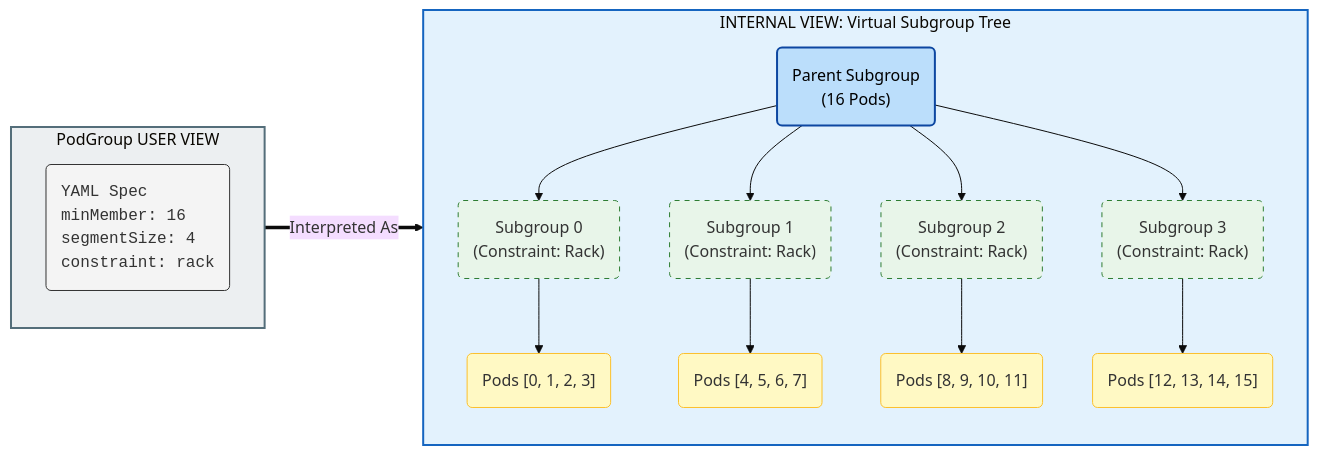
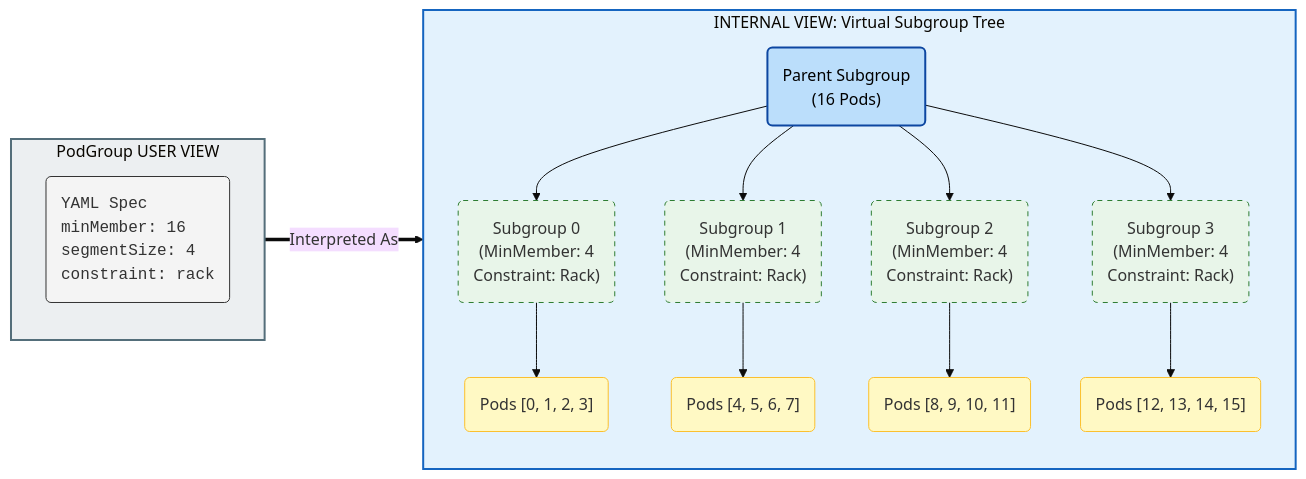
Before and after one commit to NVIDIA/KAI-Scheduler: the diagram in docs/developer/designs/segmented-subgroups/README.md, drawn with Mermaid (base theme).

````diff
--- a/docs/developer/designs/segmented-subgroups/README.md
+++ b/docs/developer/designs/segmented-subgroups/README.md
@@ -81,47 +81,47 @@
 ```mermaid
 graph LR
     %% === Styles ===
     classDef yamlNode fill:#f4f4f4,stroke:#333,stroke-width:1px,font-family:monospace,text-align:left;
     classDef rootNode fill:#bbdefb,stroke:#0d47a1,stroke-width:2px,color:#000;
     classDef virtualNode fill:#e8f5e9,stroke:#2e7d32,stroke-width:1px,stroke-dasharray: 5 5;
     classDef podNode fill:#fff9c4,stroke:#fbc02d,stroke-width:1px;
 
     %% === Left Container: User View ===
     subgraph UserView ["PodGroup USER VIEW"]
         direction TB
         yamlSpec("YAML Spec<br/>minMember: 16<br/>segmentSize: 4<br/>constraint: rack"):::yamlNode
     end
 
     %% === Right Container: Internal State ===
     subgraph InternalView ["INTERNAL VIEW: Virtual Subgroup Tree"]
         direction TB
         
         RootSG("Parent Subgroup<br/>(16 Pods)"):::rootNode
         
         %% Virtual Segments
-        VS0("Subgroup 0<br/>(Constraint: Rack)"):::virtualNode
-        VS1("Subgroup 1<br/>(Constraint: Rack)"):::virtualNode
-        VS2("Subgroup 2<br/>(Constraint: Rack)"):::virtualNode
-        VS3("Subgroup 3<br/>(Constraint: Rack)"):::virtualNode
+        VS0("Subgroup 0<br/>(MinMember: 4<br/>Constraint: Rack)"):::virtualNode
+        VS1("Subgroup 1<br/>(MinMember: 4<br/>Constraint: Rack)"):::virtualNode
+        VS2("Subgroup 2<br/>(MinMember: 4<br/>Constraint: Rack)"):::virtualNode
+        VS3("Subgroup 3<br/>(MinMember: 4<br/>Constraint: Rack)"):::virtualNode
 
         %% Pod Assignments
         Pods0("Pods [0, 1, 2, 3]"):::podNode
         Pods1("Pods [4, 5, 6, 7]"):::podNode
         Pods2("Pods [8, 9, 10, 11]"):::podNode
         Pods3("Pods [12, 13, 14, 15]"):::podNode
 
         %% Tree Connections
         RootSG --> VS0 & VS1 & VS2 & VS3
         VS0 --> Pods0
         VS1 --> Pods1
         VS2 --> Pods2
         VS3 --> Pods3
     end
 
     %% === Connection ===
     UserView == "Interpreted As" ==> RootSG
 
     %% Apply styles
     style UserView fill:#eceff1,stroke:#546e7a,stroke-width:2px
     style InternalView fill:#e3f2fd,stroke:#1565c0,stroke-width:2px
 ```
````
